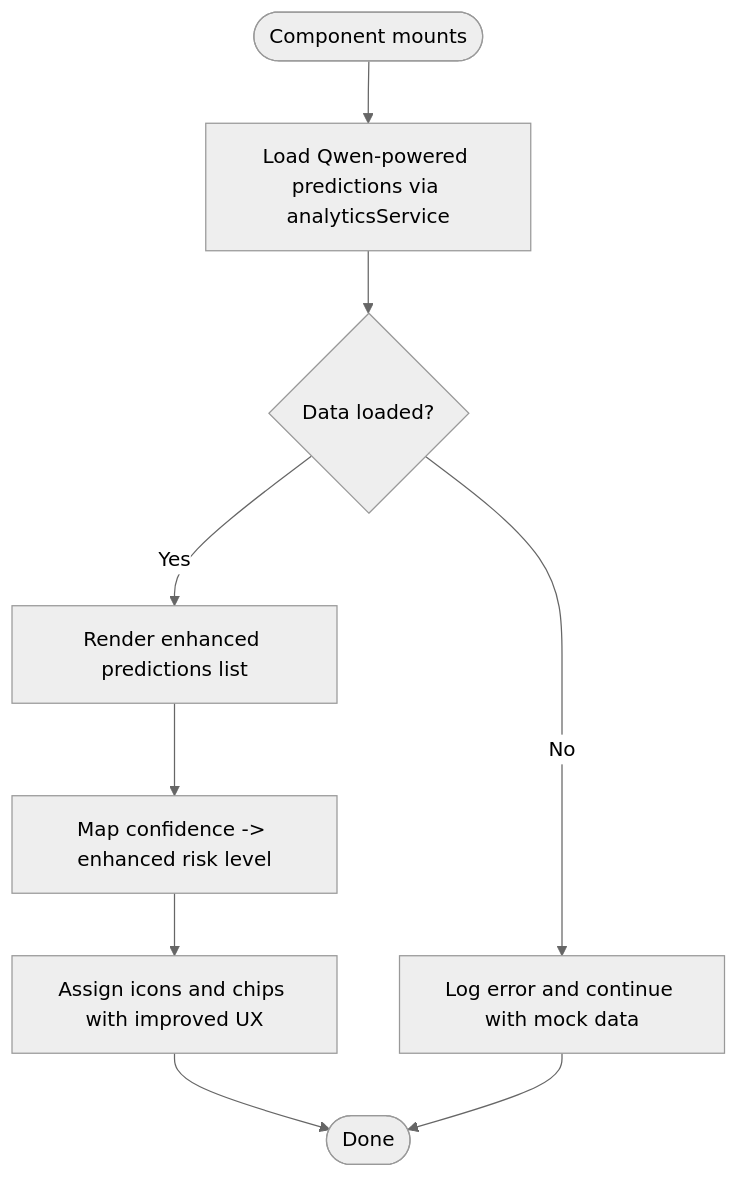
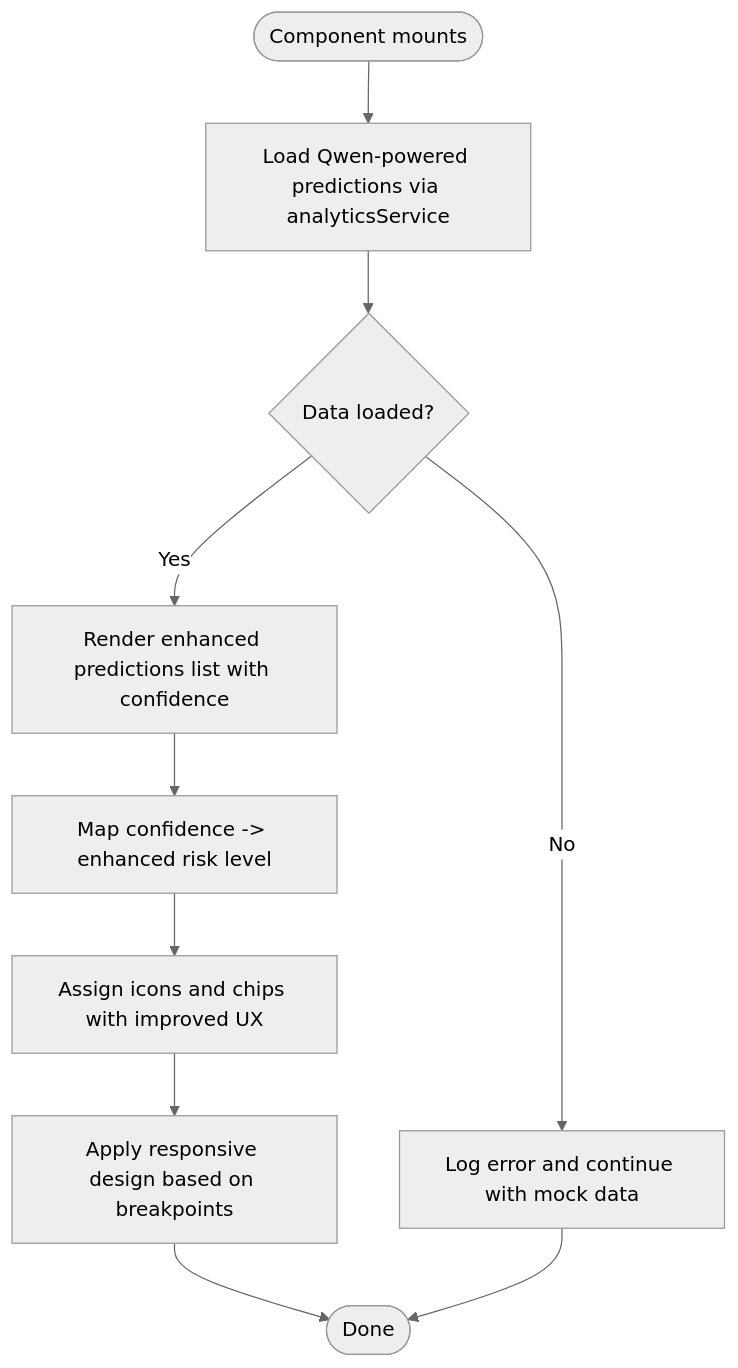
Before and after one commit to cacamarica/dashboard-ai: the fourth of 8 diagrams in .qoder/repowiki/en/content/Core Features/AI Assistant.md, drawn with Mermaid (neutral theme). The commit also changed other lines of this file and 5 other files, not shown here.

````diff
--- a/.qoder/repowiki/en/content/Core Features/AI Assistant.md
+++ b/.qoder/repowiki/en/content/Core Features/AI Assistant.md
@@ -191,11 +200,12 @@
 ```mermaid
 flowchart TD
 Mount(["Component mounts"]) --> Load["Load Qwen-powered predictions via analyticsService"]
 Load --> Success{"Data loaded?"}
-Success --> |Yes| Render["Render enhanced predictions list"]
+Success --> |Yes| Render["Render enhanced predictions list with confidence"]
 Success --> |No| Error["Log error and continue with mock data"]
 Render --> Risk["Map confidence -> enhanced risk level"]
 Risk --> Icons["Assign icons and chips with improved UX"]
-Icons --> Done(["Done"])
+Icons --> Responsive["Apply responsive design based on breakpoints"]
+Responsive --> Done(["Done"])
 Error --> Done
 ```
````
